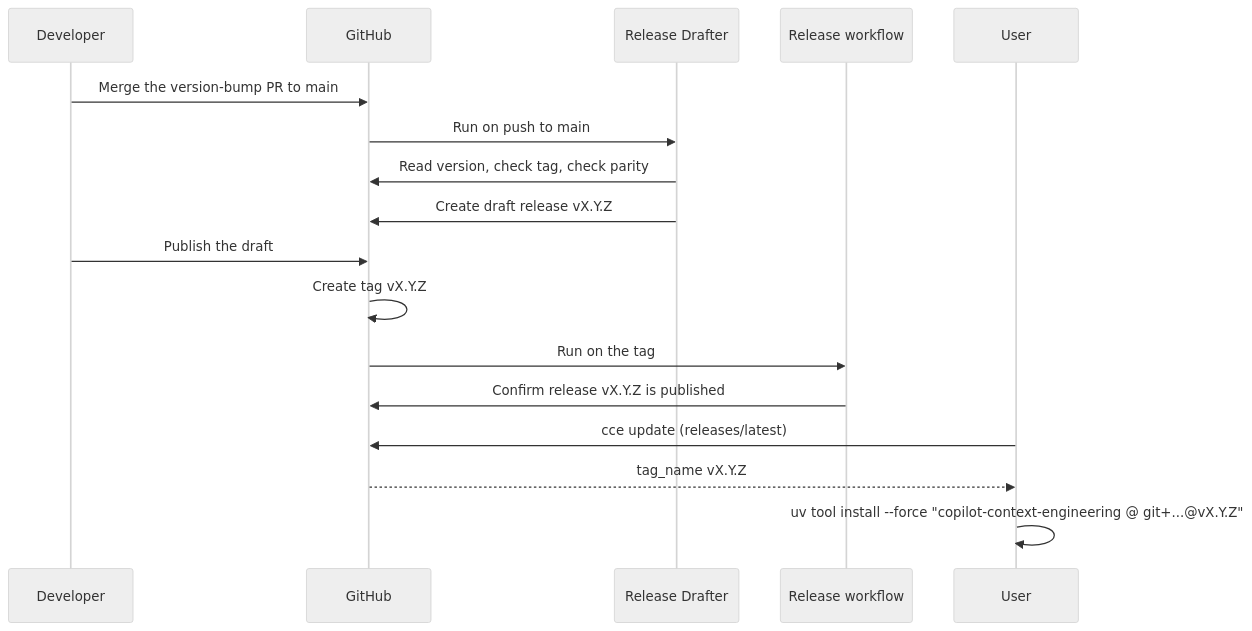
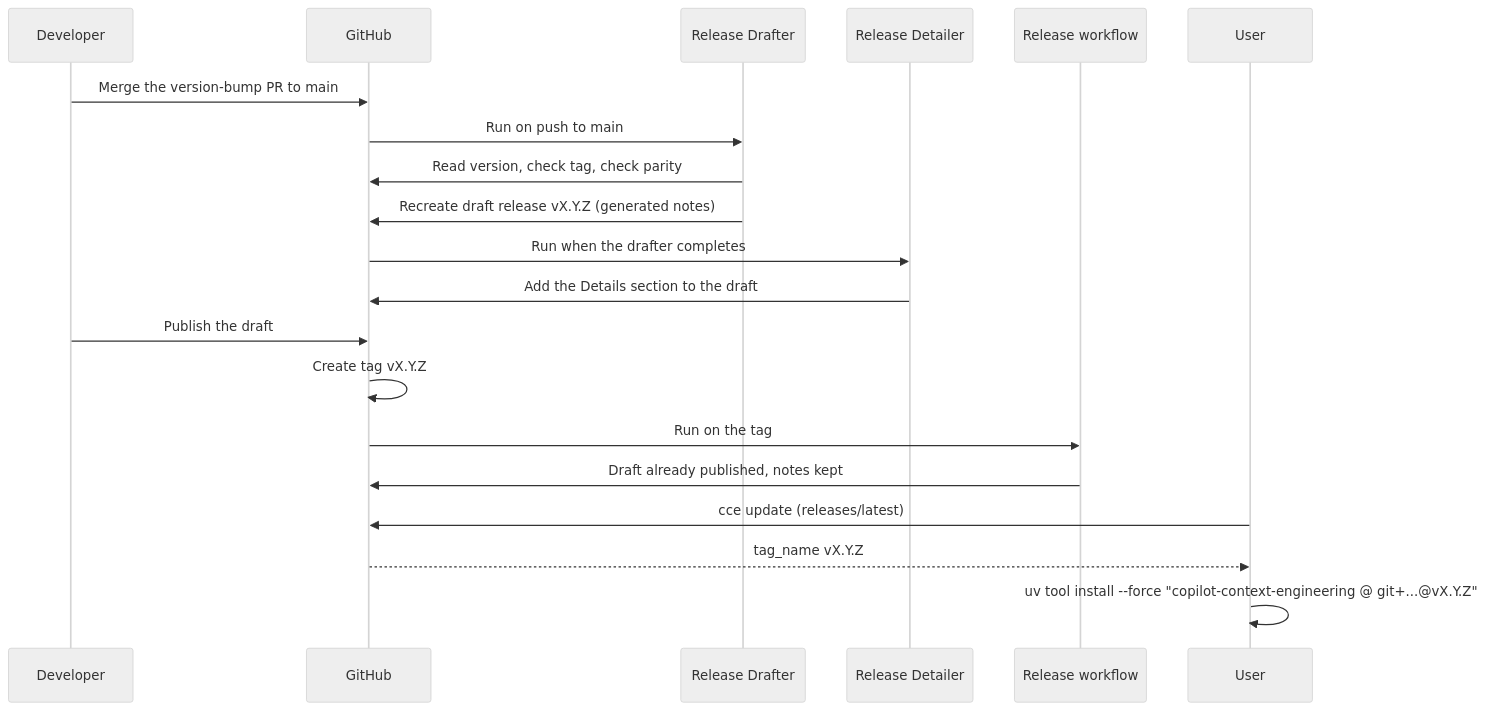
One commit to u-ways/copilot-context-engineering changed the diagram in docs/RELEASING.md. Above: the diagram before and after it, drawn with Mermaid (neutral theme). The commit also changed other lines of this file and 5 other files, not shown here.

First line of the commit message:
Release: publish drafts without regenerating notes and add the release detailer (#24)

````diff
--- a/docs/RELEASING.md
+++ b/docs/RELEASING.md
@@ -56,20 +66,23 @@
 ```mermaid
 sequenceDiagram
     participant Developer
     participant GitHub
     participant Drafter as Release Drafter
+    participant Detailer as Release Detailer
     participant Release as Release workflow
     participant User
 
     Developer->>GitHub: Merge the version-bump PR to main
     GitHub->>Drafter: Run on push to main
     Drafter->>GitHub: Read version, check tag, check parity
-    Drafter->>GitHub: Create draft release vX.Y.Z
+    Drafter->>GitHub: Recreate draft release vX.Y.Z (generated notes)
+    GitHub->>Detailer: Run when the drafter completes
+    Detailer->>GitHub: Add the Details section to the draft
     Developer->>GitHub: Publish the draft
     GitHub->>GitHub: Create tag vX.Y.Z
     GitHub->>Release: Run on the tag
-    Release->>GitHub: Confirm release vX.Y.Z is published
+    Release->>GitHub: Draft already published, notes kept
     User->>GitHub: cce update (releases/latest)
     GitHub-->>User: tag_name vX.Y.Z
     User->>User: uv tool install --force "copilot-context-engineering @ git+...@vX.Y.Z"
 ```
````
